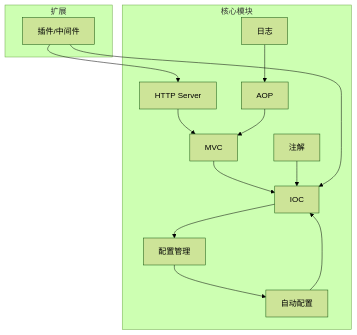
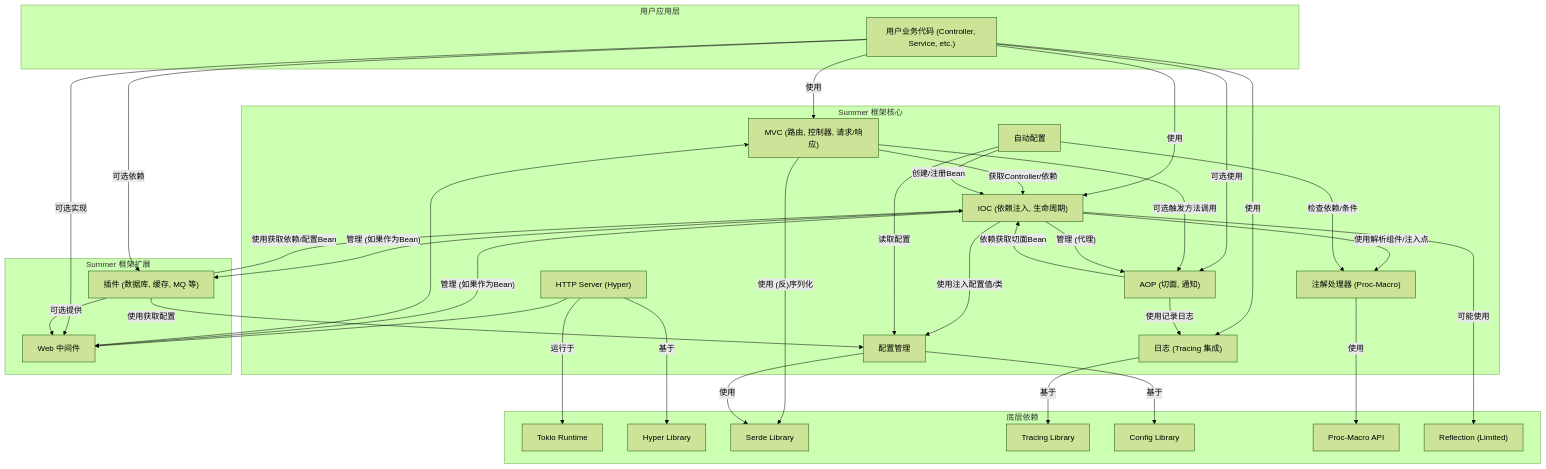
One commit to faustofanb/summer changed the second of 2 diagrams in doc/需求规格说明书.md. Above: the diagram before and after it, drawn with Mermaid (forest theme). The commit also changed other lines of this file and 3 other files, not shown here.

````diff
--- a/doc/需求规格说明书.md
+++ b/doc/需求规格说明书.md
@@ -86,26 +493,71 @@
 ```mermaid
 graph TD
-    subgraph 核心模块
-        HTTP[HTTP Server]
-        MVC[MVC]
-        IOC[IOC]
-        AOP[AOP]
+    subgraph 用户应用层
+        UserCode["用户业务代码 (Controller, Service, etc.)"]
+    end
+
+    subgraph Summer 框架核心
+        HTTP["HTTP Server (Hyper)"]
+        MVC["MVC (路由, 控制器, 请求/响应)"]
+        IOC["IOC (依赖注入, 生命周期)"]
+        AOP["AOP (切面, 通知)"]
         Config[配置管理]
         AutoConf[自动配置]
-        Ann[注解]
-        Log[日志]
+        Ann["注解处理器 (Proc-Macro)"]
+        Log["日志 (Tracing 集成)"]
     end
-    subgraph 扩展
-        Plugin[插件/中间件]
+
+    subgraph Summer 框架扩展
+        Middleware[Web 中间件]
+        Plugins["插件 (数据库, 缓存, MQ 等)"]
     end
-    HTTP --> MVC
-    MVC --> IOC
-    IOC --> Config
-    AutoConf --> IOC
-    Config --> AutoConf
-    Ann --> IOC
-    AOP --> MVC
-    Log --> AOP
-    Plugin --> HTTP
-    Plugin --> IOC
+
+    UserCode -- "使用" --> MVC
+    UserCode -- "使用" --> IOC
+    UserCode -- "使用" --> Log
+    UserCode -- "可选使用" --> AOP
+    UserCode -- "可选实现" --> Middleware
+    UserCode -- "可选依赖" --> Plugins
+
+    HTTP --> Middleware
+    Middleware --> MVC
+    MVC -- "获取Controller/依赖" --> IOC
+    MVC -- "可选触发方法调用" --> AOP
+    AOP -- "依赖获取切面Bean" --> IOC
+    AOP -- "使用记录日志" --> Log
+    %% Controller/Service/Repository 依赖关系已在 UserCode 中，文字说明
+
+    IOC -- "使用解析组件/注入点" --> Ann
+    IOC -- "使用注入配置值/类" --> Config
+    IOC -- "管理 (代理)" --> AOP
+    IOC -- "管理 (如果作为Bean)" --> Middleware
+    IOC -- "管理 (如果作为Bean)" --> Plugins
+
+    AutoConf -- "创建/注册Bean" --> IOC
+    AutoConf -- "读取配置" --> Config
+    AutoConf -- "检查依赖/条件" --> Ann
+
+    Plugins -- "可选提供" --> Middleware
+    Plugins -- "使用获取依赖/配置Bean" --> IOC
+    Plugins -- "使用获取配置" --> Config
+
+    %% 全局依赖
+    subgraph 底层依赖
+        TokioRuntime[Tokio Runtime]
+        HyperLib[Hyper Library]
+        SerdeLib[Serde Library]
+        TracingLib[Tracing Library]
+        ConfigLib[Config Library]
+        ProcMacroAPI[Proc-Macro API]
+        ReflectLib["Reflection (Limited)"]
+    end
+
+    HTTP -- "基于" --> HyperLib
+    HTTP -- "运行于" --> TokioRuntime
+    MVC -- "使用 (反)序列化" --> SerdeLib
+    Config -- "使用" --> SerdeLib
+    Config -- "基于" --> ConfigLib
+    Log -- "基于" --> TracingLib
+    Ann -- "使用" --> ProcMacroAPI
+    IOC -- "可能使用" --> ReflectLib
 ```
````
